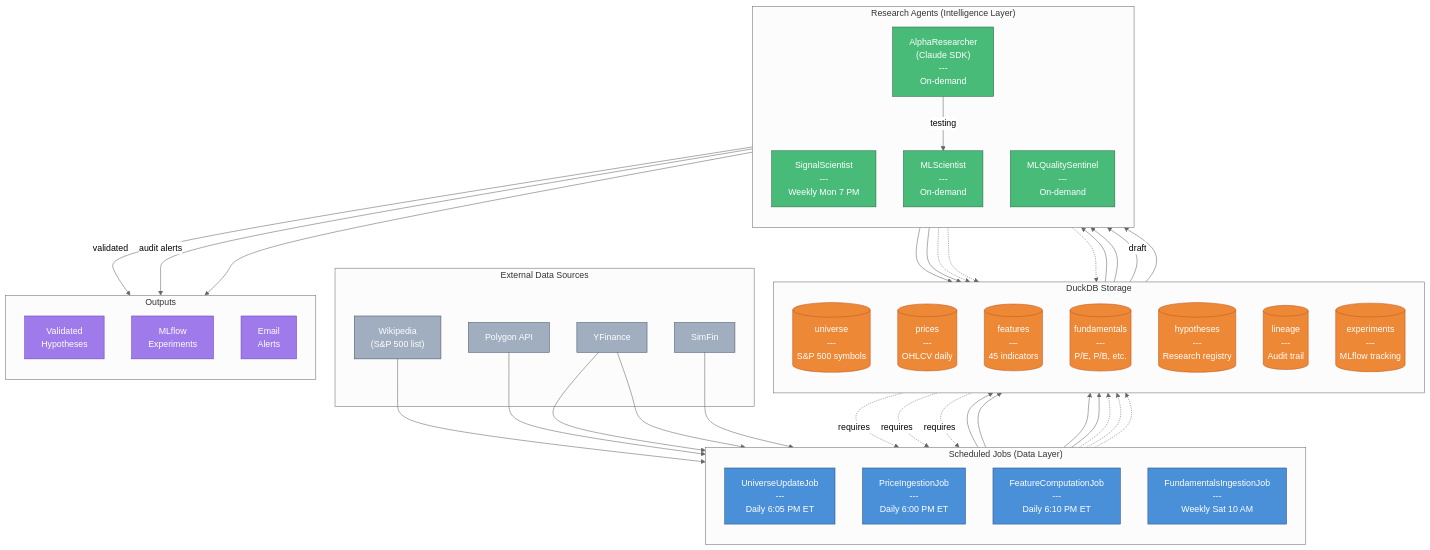
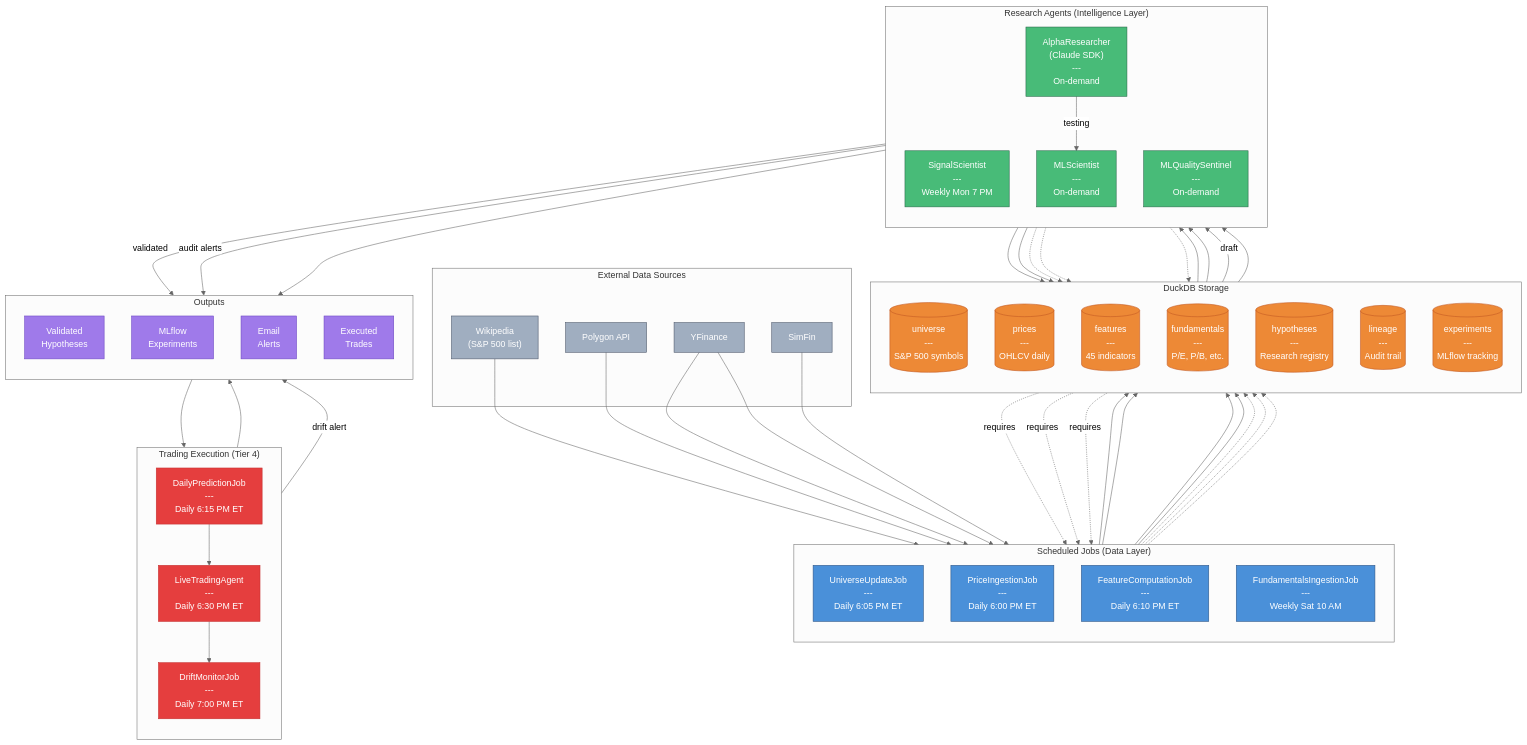
One commit to fmag79/HRP changed the first of 4 diagrams in docs/architecture/data-pipeline-diagram.md. Above: the diagram before and after it, drawn with Mermaid (neutral theme). The commit also changed other lines of this file and 6 other files, not shown here.

First line of the commit message:
docs: update documentation for Tier 4 trading and clean up plans

````diff
--- a/docs/architecture/data-pipeline-diagram.md
+++ b/docs/architecture/data-pipeline-diagram.md
@@ -46,11 +46,19 @@
         QS["MLQualitySentinel<br/>---<br/>On-demand"]
     end
 
+    subgraph Trading["Trading Execution (Tier 4)"]
+        direction TB
+        PJ["DailyPredictionJob<br/>---<br/>Daily 6:15 PM ET"]
+        LT_AGENT["LiveTradingAgent<br/>---<br/>Daily 6:30 PM ET"]
+        DM["DriftMonitorJob<br/>---<br/>Daily 7:00 PM ET"]
+    end
+
     subgraph Outputs["Outputs"]
         direction TB
         VH["Validated<br/>Hypotheses"]
         MLF["MLflow<br/>Experiments"]
         ALERTS["Email<br/>Alerts"]
+        TRADES["Executed<br/>Trades"]
     end
 
     %% External to Jobs
@@ -82,6 +90,13 @@
     MS --> EL
     EL --> QS
 
+    %% Trading Flow
+    VH --> PJ
+    PJ --> LT_AGENT
+    LT_AGENT --> TRADES
+    LT_AGENT --> DM
+    DM -->|"drift alert"| ALERTS
+
     %% Outputs
     QS -->|"validated"| VH
     QS -->|"audit alerts"| ALERTS
@@ -102,9 +117,12 @@
     classDef external fill:#a0aec0,stroke:#4a5568,color:#fff
     classDef output fill:#9f7aea,stroke:#6b46c1,color:#fff
 
+    classDef trading fill:#e53e3e,stroke:#c53030,color:#fff
+
     class UU,PI,FC,FI job
     class SS,AR,MS,QS agent
     class UT,PT,FT,FUT,HT,LT,EL storage
     class WIKI,POLY,YF,SF external
-    class VH,MLF,ALERTS output
+    class VH,MLF,ALERTS,TRADES output
+    class PJ,LT_AGENT,DM trading
 ```
````
